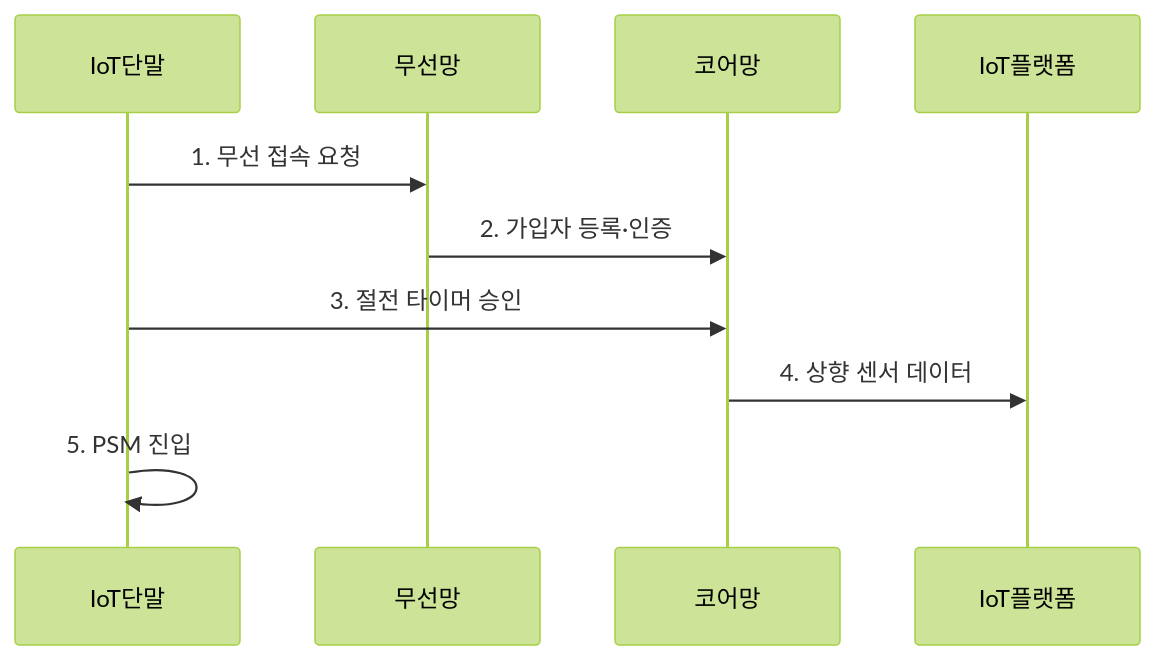
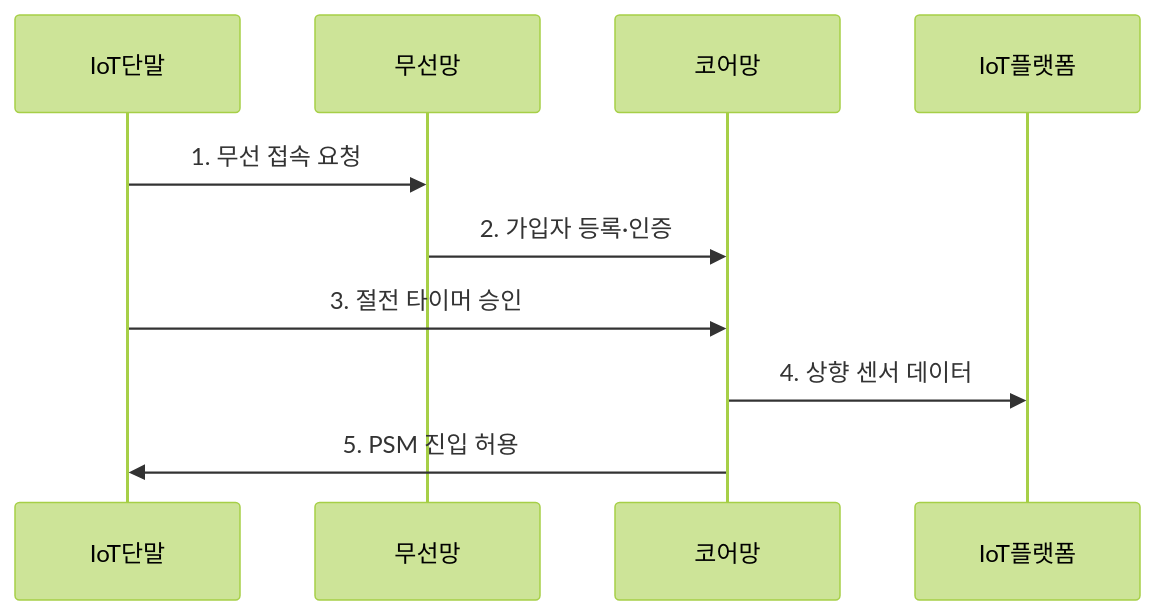
The second of 2 diagrams in src/content/docs/notes/04-network/055_nb_iot_lte_m.md (agnusdei1207/knowledge-base), drawn with Mermaid (forest theme) before and after one commit. The commit also changed other lines of this file and 122 other files, not shown here.

````diff
--- a/src/content/docs/notes/04-network/055_nb_iot_lte_m.md
+++ b/src/content/docs/notes/04-network/055_nb_iot_lte_m.md
@@ -81,12 +81,12 @@
 ```mermaid
 sequenceDiagram
     participant IoT단말
     participant 무선망
     participant 코어망
     participant IoT플랫폼
     IoT단말->>무선망: 1. 무선 접속 요청
     무선망->>코어망: 2. 가입자 등록·인증
     IoT단말->>코어망: 3. 절전 타이머 승인
     코어망->>IoT플랫폼: 4. 상향 센서 데이터
-    IoT단말->>IoT단말: 5. PSM 진입
+    코어망->>IoT단말: 5. PSM 진입 허용
 ```
````
